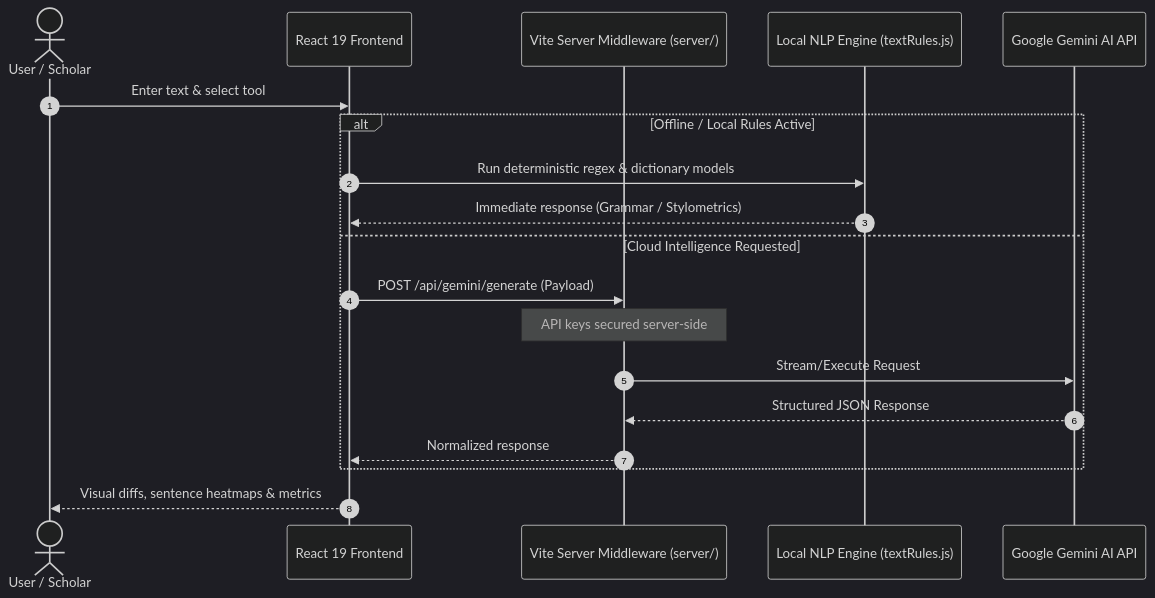
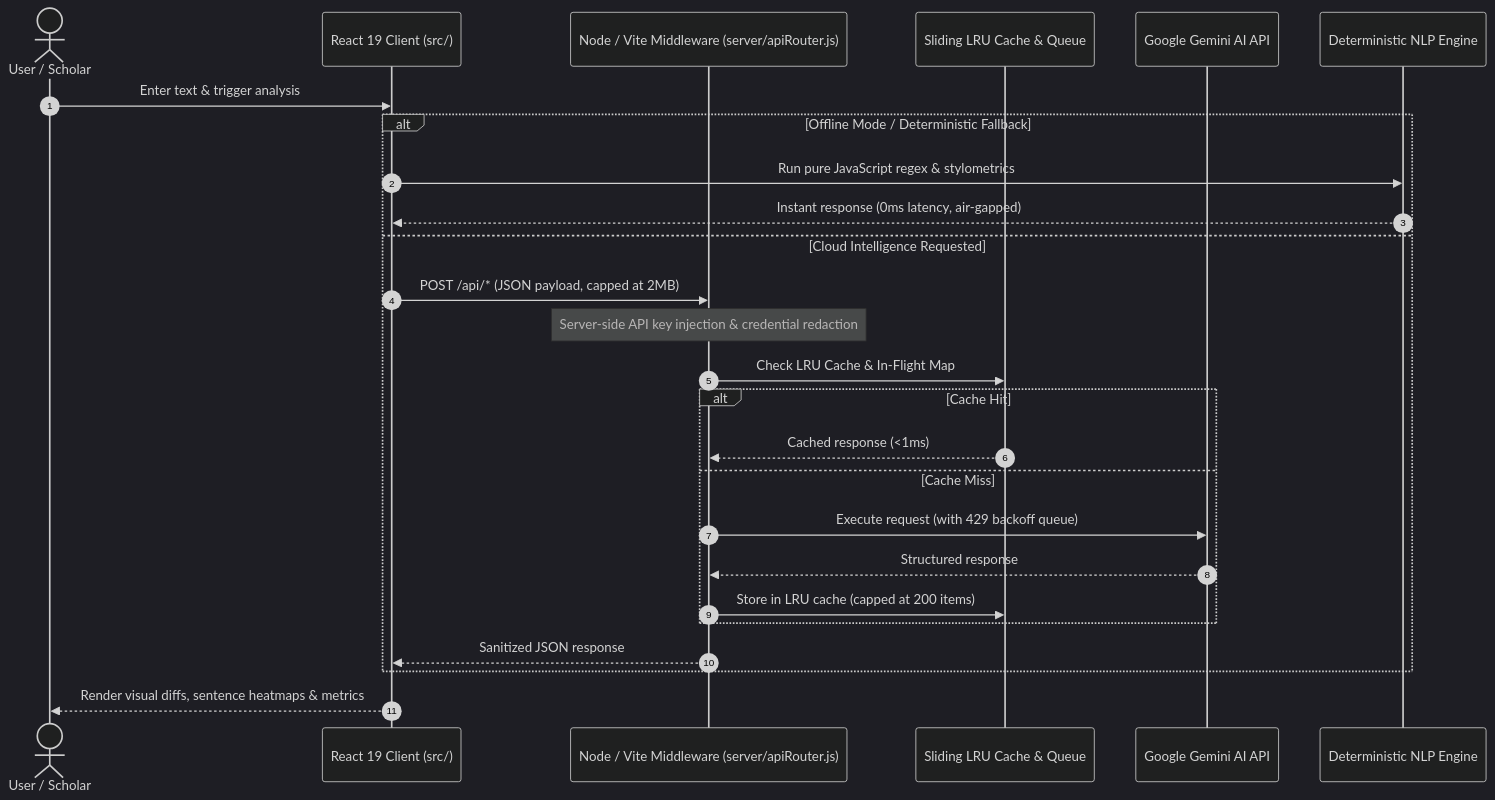
Before and after one commit to SFRREX/lexora: the diagram in README.md, drawn with Mermaid (dark theme). The commit also changed other lines of this file, not shown here.

First line of the commit message:
docs: rewrite README to international open-source standard with verified architecture and test breakdowns

````diff
--- a/README.md
+++ b/README.md
@@ -105,22 +105,29 @@
 ```mermaid
 sequenceDiagram
     autonumber
     actor User as User / Scholar
-    participant UI as React 19 Frontend
-    participant Proxy as Vite Server Middleware (server/)
-    participant Local as Local NLP Engine (textRules.js)
+    participant UI as React 19 Client (src/)
+    participant Proxy as Node / Vite Middleware (server/apiRouter.js)
+    participant Cache as Sliding LRU Cache & Queue
     participant Gemini as Google Gemini AI API
+    participant Local as Deterministic NLP Engine
 
-    User->>UI: Enter text & select tool
-    alt Offline / Local Rules Active
-        UI->>Local: Run deterministic regex & dictionary models
-        Local-->>UI: Immediate response (Grammar / Stylometrics)
+    User->>UI: Enter text & trigger analysis
+    alt Offline Mode / Deterministic Fallback
+        UI->>Local: Run pure JavaScript regex & stylometrics
+        Local-->>UI: Instant response (0ms latency, air-gapped)
     else Cloud Intelligence Requested
-        UI->>Proxy: POST /api/gemini/generate (Payload)
-        Note over Proxy: API keys secured server-side
-        Proxy->>Gemini: Stream/Execute Request
-        Gemini-->>Proxy: Structured JSON Response
-        Proxy-->>UI: Normalized response
+        UI->>Proxy: POST /api/* (JSON payload, capped at 2MB)
+        Note over Proxy: Server-side API key injection & credential redaction
+        Proxy->>Cache: Check LRU Cache & In-Flight Map
+        alt Cache Hit
+            Cache-->>Proxy: Cached response (<1ms)
+        else Cache Miss
+            Proxy->>Gemini: Execute request (with 429 backoff queue)
+            Gemini-->>Proxy: Structured response
+            Proxy->>Cache: Store in LRU cache (capped at 200 items)
+        end
+        Proxy-->>UI: Sanitized JSON response
     end
-    UI-->>User: Visual diffs, sentence heatmaps & metrics
+    UI-->>User: Render visual diffs, sentence heatmaps & metrics
 ```
````
